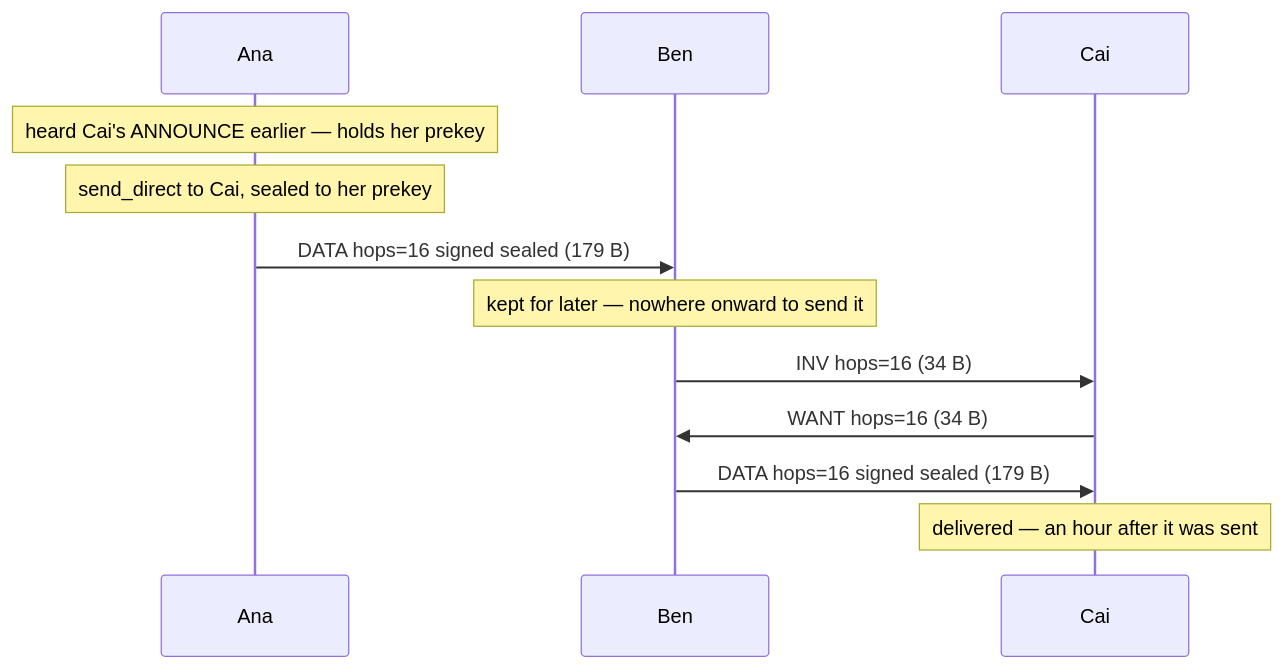
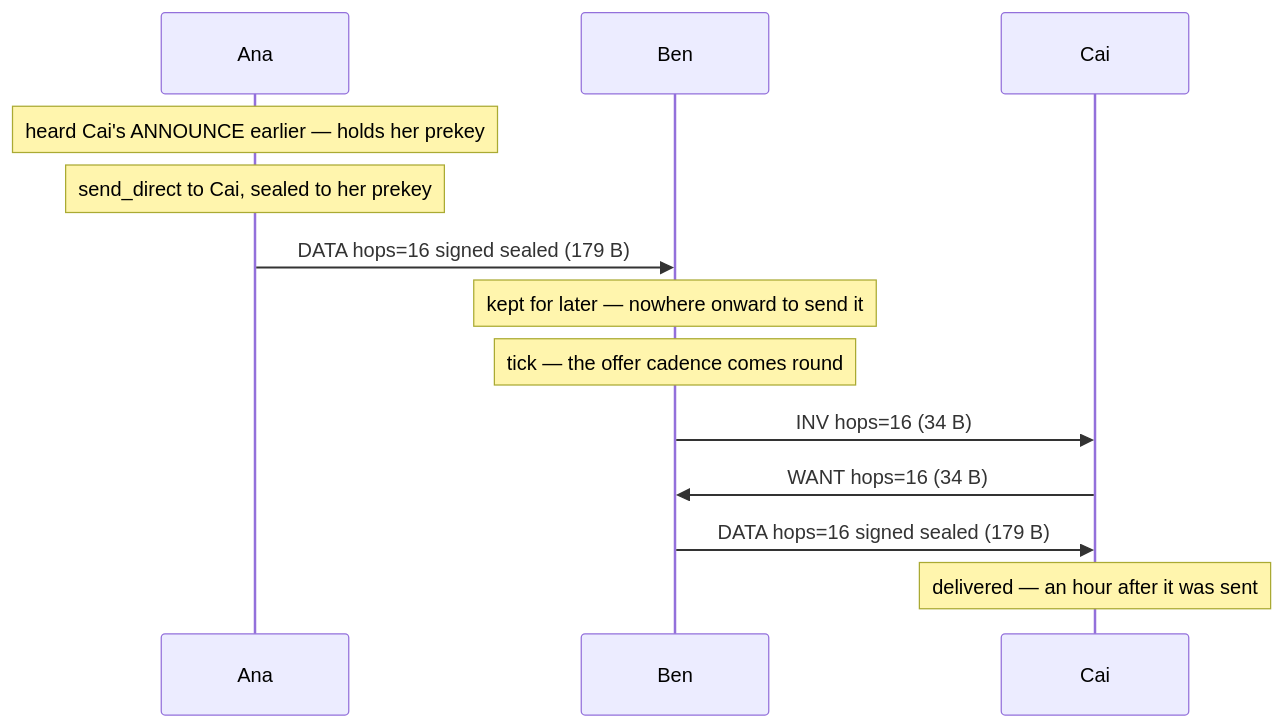
Before and after one commit to sloev/spore: the third of 4 diagrams in docs/KERNEL_FLOWS.md, drawn with Mermaid. The commit also changed other lines of this file and 7 other files, not shown here.

````diff
--- a/docs/KERNEL_FLOWS.md
+++ b/docs/KERNEL_FLOWS.md
@@ -70,14 +70,15 @@
 ```mermaid
 sequenceDiagram
   participant Ana
   participant Ben
   participant Cai
   Note over Ana: heard Cai's ANNOUNCE earlier — holds her prekey
   Note over Ana: send_direct to Cai, sealed to her prekey
   Ana->>Ben: DATA hops=16 signed sealed (179 B)
   Note over Ben: kept for later — nowhere onward to send it
+  Note over Ben: tick — the offer cadence comes round
   Ben->>Cai: INV hops=16 (34 B)
   Cai->>Ben: WANT hops=16 (34 B)
   Ben->>Cai: DATA hops=16 signed sealed (179 B)
   Note over Cai: delivered — an hour after it was sent
 ```
````
